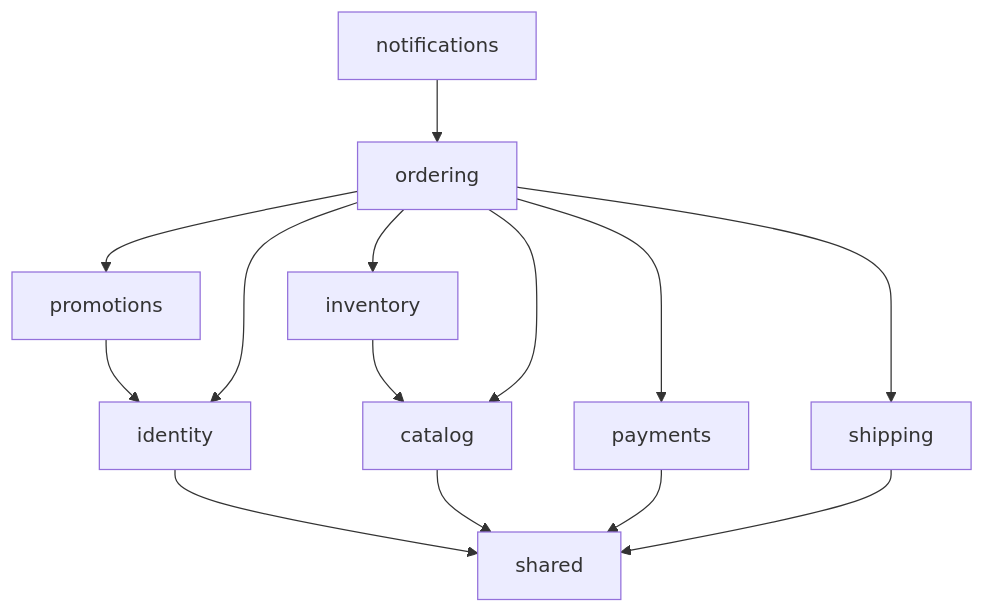
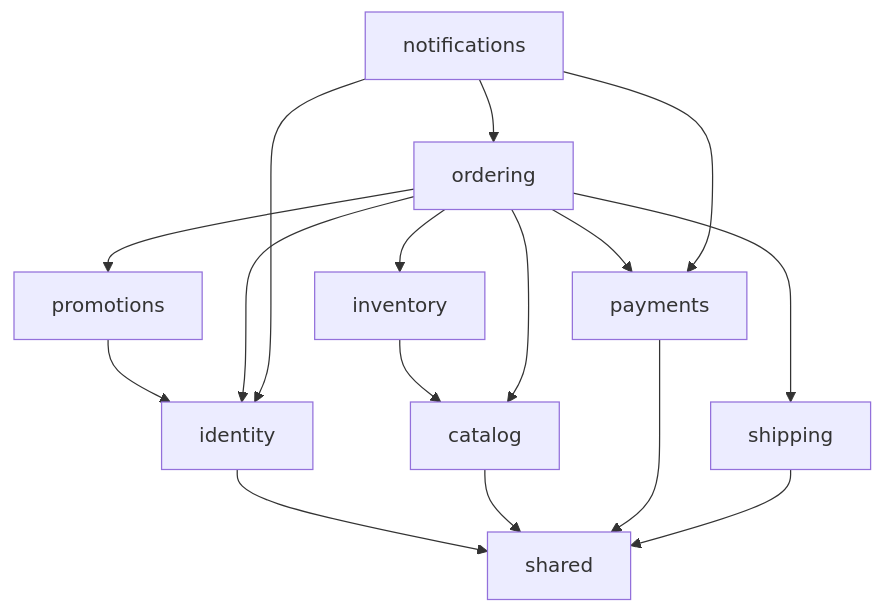
One commit to LuongCongThanh/boilerplate-ecommerce-next-16 changed the diagram in docs/architecture/02-backend-structure.md. Above: the diagram before and after it, drawn with Mermaid. The commit also changed other lines of this file and 7 other files, not shown here.

````diff
--- a/docs/architecture/02-backend-structure.md
+++ b/docs/architecture/02-backend-structure.md
@@ -103,17 +103,19 @@
 ```mermaid
 graph TB
     shared[shared]
     identity[identity] --> shared
     catalog[catalog] --> shared
     inventory[inventory] --> catalog
     promotions[promotions] --> identity
     payments[payments] --> shared
     shipping[shipping] --> shared
     ordering[ordering] --> inventory
     ordering --> promotions
     ordering --> payments
     ordering --> shipping
     ordering --> identity
     ordering --> catalog
     notifications[notifications] --> ordering
+    notifications --> identity
+    notifications --> payments
 ```
````
